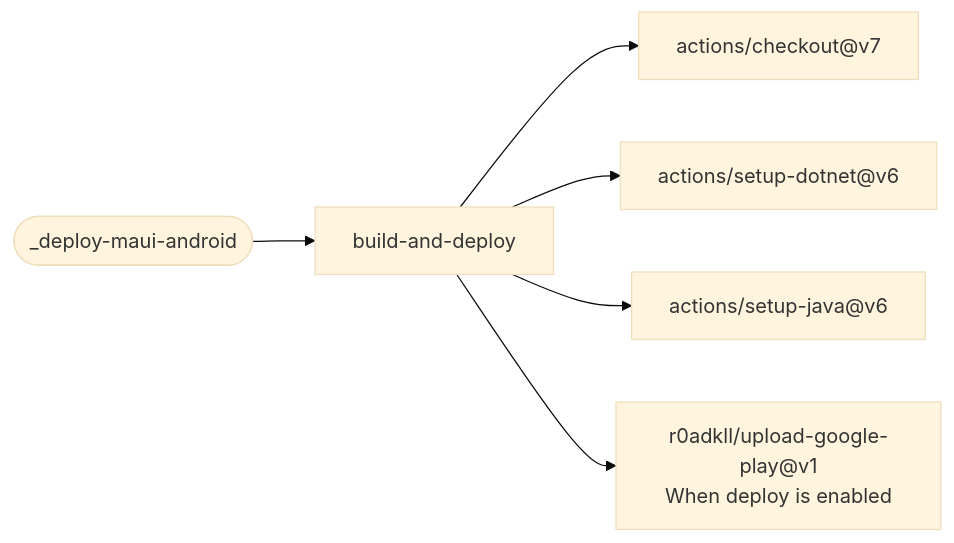
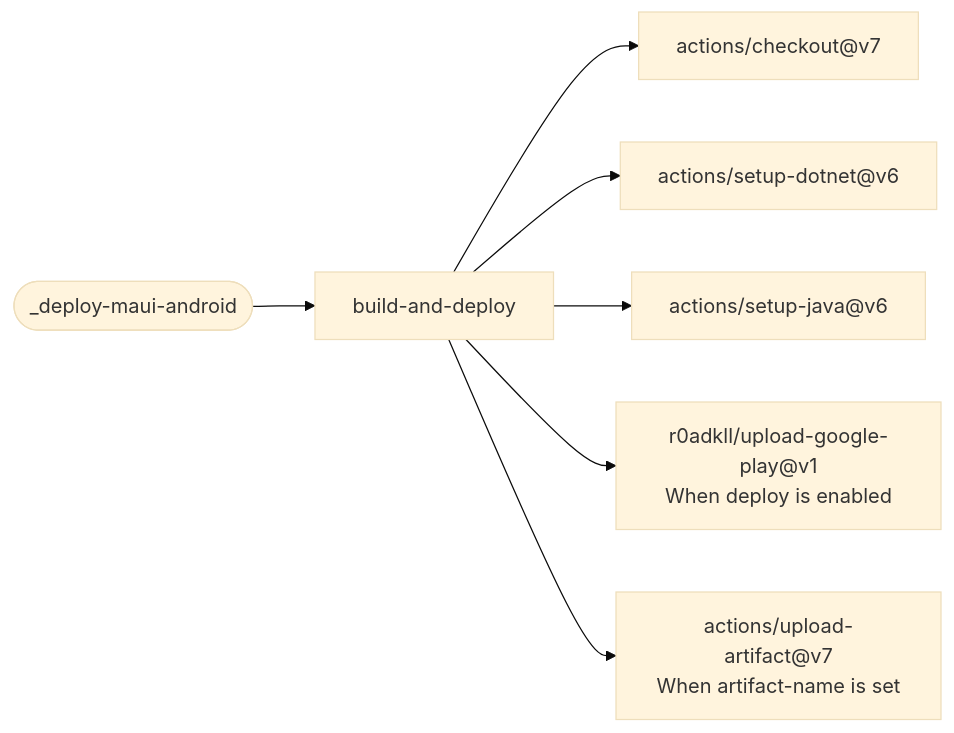
One commit to f2calv/gha-workflows changed the diagram in docs/deploy-maui-android.md. Above: the diagram before and after it, drawn with Mermaid (base theme). The commit also changed other lines of this file and 5 other files, not shown here.

````diff
--- a/docs/deploy-maui-android.md
+++ b/docs/deploy-maui-android.md
@@ -33,12 +40,14 @@
 ```mermaid
 graph LR
     workflow(["_deploy-maui-android"]) --> build["build-and-deploy"]
     build --> checkout["actions/checkout@v7"]
     build --> sdk["actions/setup-dotnet@v6"]
     build --> java["actions/setup-java@v6"]
     build --> play["r0adkll/upload-google-play@v1<br/>When deploy is enabled"]
+    build --> artifact["actions/upload-artifact@v7<br/>When artifact-name is set"]
     click checkout href "https://github.com/actions/checkout" "Open checkout" _blank
     click sdk href "https://github.com/actions/setup-dotnet" "Open setup-dotnet" _blank
     click java href "https://github.com/actions/setup-java" "Open setup-java" _blank
     click play href "https://github.com/r0adkll/upload-google-play" "Open upload-google-play" _blank
+    click artifact href "https://github.com/actions/upload-artifact" "Open upload-artifact" _blank
 ```
````
